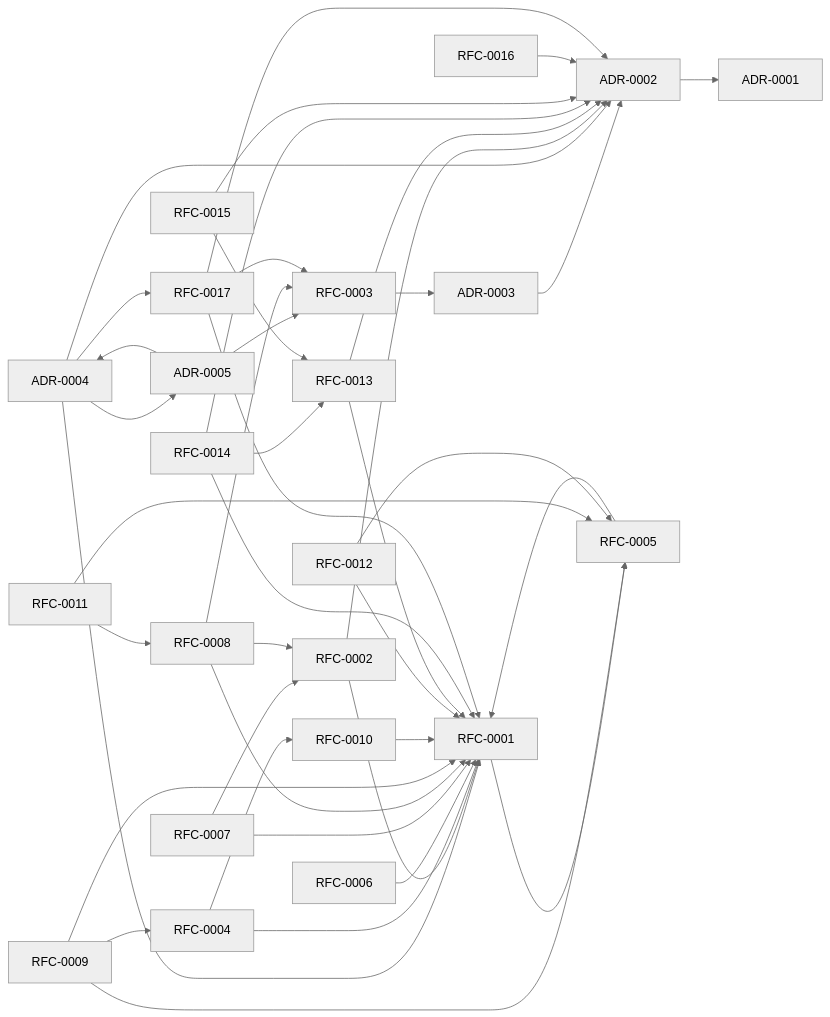
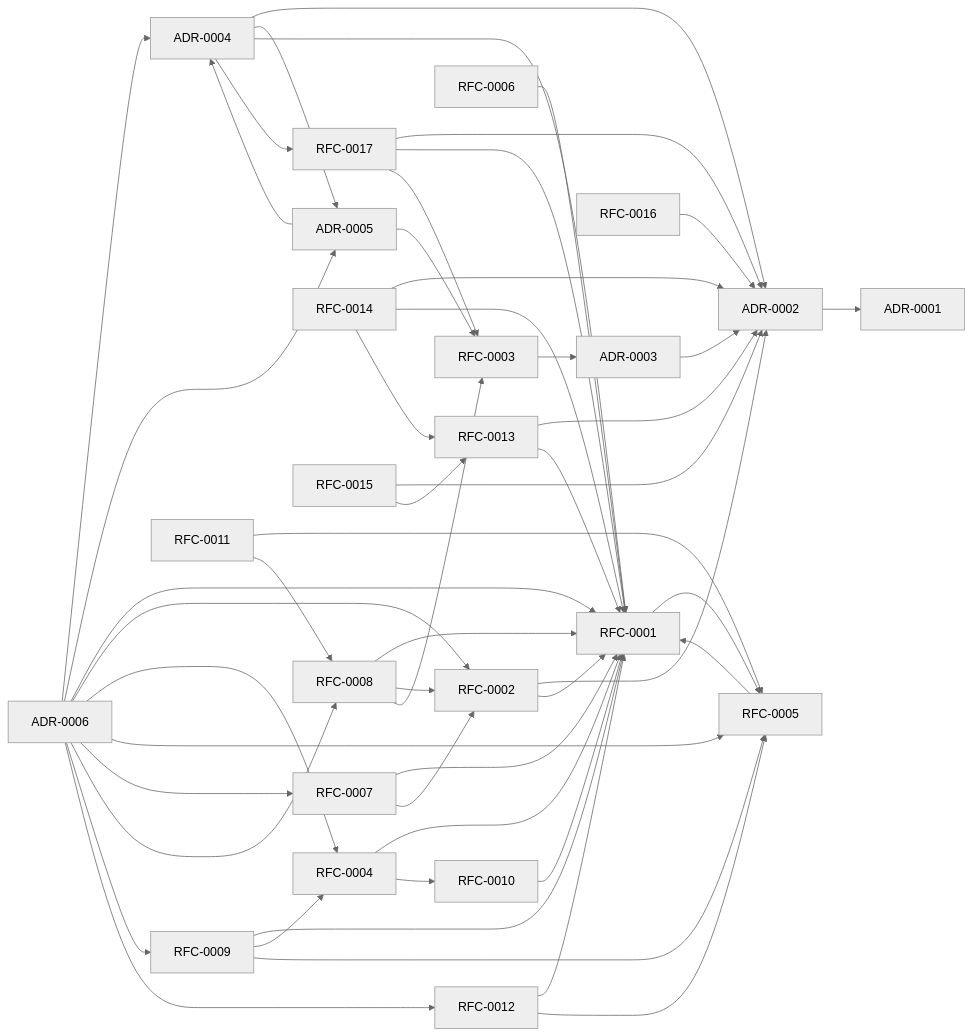
Before and after one commit to brilliantgibrann16/frontier-creative-os: the diagram in docs/derived/DOCUMENT_GRAPH.md, drawn with Mermaid (neutral theme). The commit also changed other lines of this file and 4 other files, not shown here.

````diff
--- a/docs/derived/DOCUMENT_GRAPH.md
+++ b/docs/derived/DOCUMENT_GRAPH.md
@@ -69,65 +70,76 @@
 ```mermaid
 flowchart LR
   ADR0001["ADR-0001"]
   ADR0002["ADR-0002"]
   ADR0003["ADR-0003"]
   ADR0004["ADR-0004"]
   ADR0005["ADR-0005"]
+  ADR0006["ADR-0006"]
   RFC0001["RFC-0001"]
   RFC0002["RFC-0002"]
   RFC0003["RFC-0003"]
   RFC0004["RFC-0004"]
   RFC0005["RFC-0005"]
   RFC0006["RFC-0006"]
   RFC0007["RFC-0007"]
   RFC0008["RFC-0008"]
   RFC0009["RFC-0009"]
   RFC0010["RFC-0010"]
   RFC0011["RFC-0011"]
   RFC0012["RFC-0012"]
   RFC0013["RFC-0013"]
   RFC0014["RFC-0014"]
   RFC0015["RFC-0015"]
   RFC0016["RFC-0016"]
   RFC0017["RFC-0017"]
   ADR0002 --> ADR0001
   ADR0003 --> ADR0002
   ADR0004 --> ADR0002
   ADR0004 --> ADR0005
   ADR0004 --> RFC0001
   ADR0004 --> RFC0017
   ADR0005 --> ADR0004
   ADR0005 --> RFC0003
+  ADR0006 --> ADR0004
+  ADR0006 --> ADR0005
+  ADR0006 --> RFC0001
+  ADR0006 --> RFC0002
+  ADR0006 --> RFC0004
+  ADR0006 --> RFC0005
+  ADR0006 --> RFC0007
+  ADR0006 --> RFC0008
+  ADR0006 --> RFC0009
+  ADR0006 --> RFC0012
   RFC0001 --> RFC0005
   RFC0002 --> ADR0002
   RFC0002 --> RFC0001
   RFC0003 --> ADR0003
   RFC0004 --> RFC0001
   RFC0004 --> RFC0010
   RFC0005 --> RFC0001
   RFC0006 --> RFC0001
   RFC0007 --> RFC0001
   RFC0007 --> RFC0002
   RFC0008 --> RFC0001
   RFC0008 --> RFC0002
   RFC0008 --> RFC0003
   RFC0009 --> RFC0001
   RFC0009 --> RFC0004
   RFC0009 --> RFC0005
   RFC0010 --> RFC0001
   RFC0011 --> RFC0005
   RFC0011 --> RFC0008
   RFC0012 --> RFC0001
   RFC0012 --> RFC0005
   RFC0013 --> ADR0002
   RFC0013 --> RFC0001
   RFC0014 --> ADR0002
   RFC0014 --> RFC0001
   RFC0014 --> RFC0013
   RFC0015 --> ADR0002
   RFC0015 --> RFC0013
   RFC0016 --> ADR0002
   RFC0017 --> ADR0002
   RFC0017 --> RFC0001
   RFC0017 --> RFC0003
 ```
````
